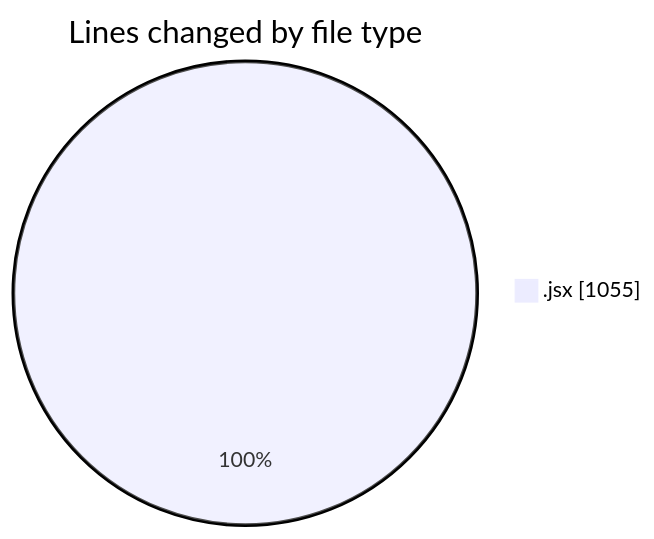
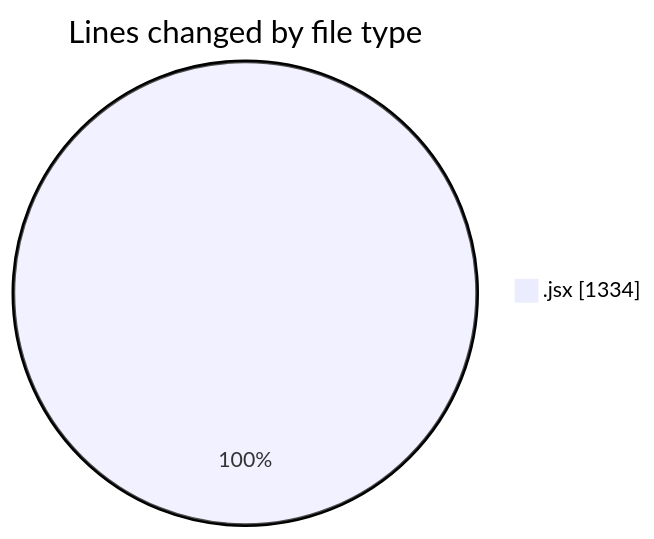
Before and after one commit to nxtqubesakshisongat/code-tracking: the first of 2 diagrams in 2026-01-16/nxtqube_webapp/README.md, drawn with Mermaid. The commit also changed other lines of this file and 1 other file, not shown here.

````diff
--- a/2026-01-16/nxtqube_webapp/README.md
+++ b/2026-01-16/nxtqube_webapp/README.md
@@ -22,5 +22,5 @@
 ```mermaid
 pie showData
 title Lines changed by file type
-".jsx" : 1055
+".jsx" : 1334
 ```
````
